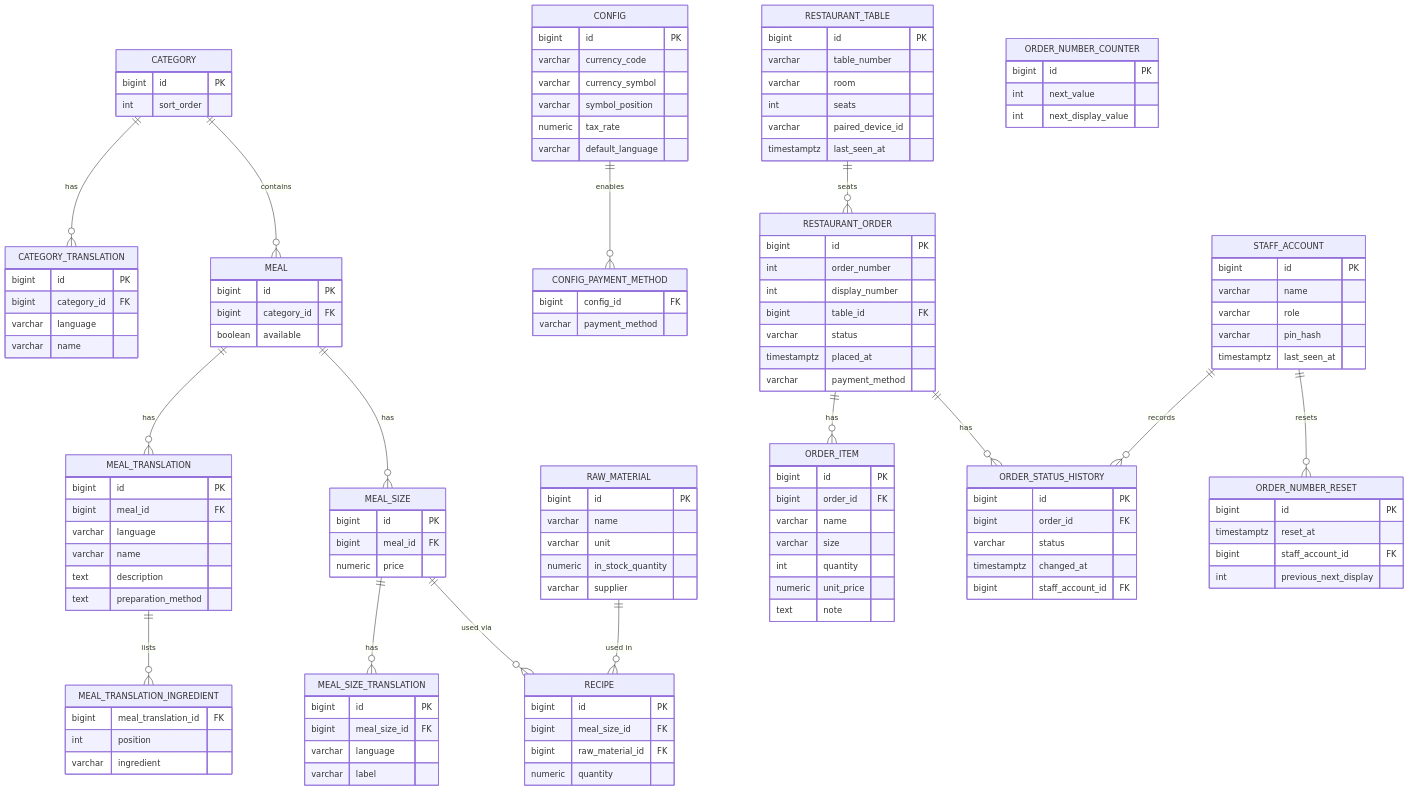
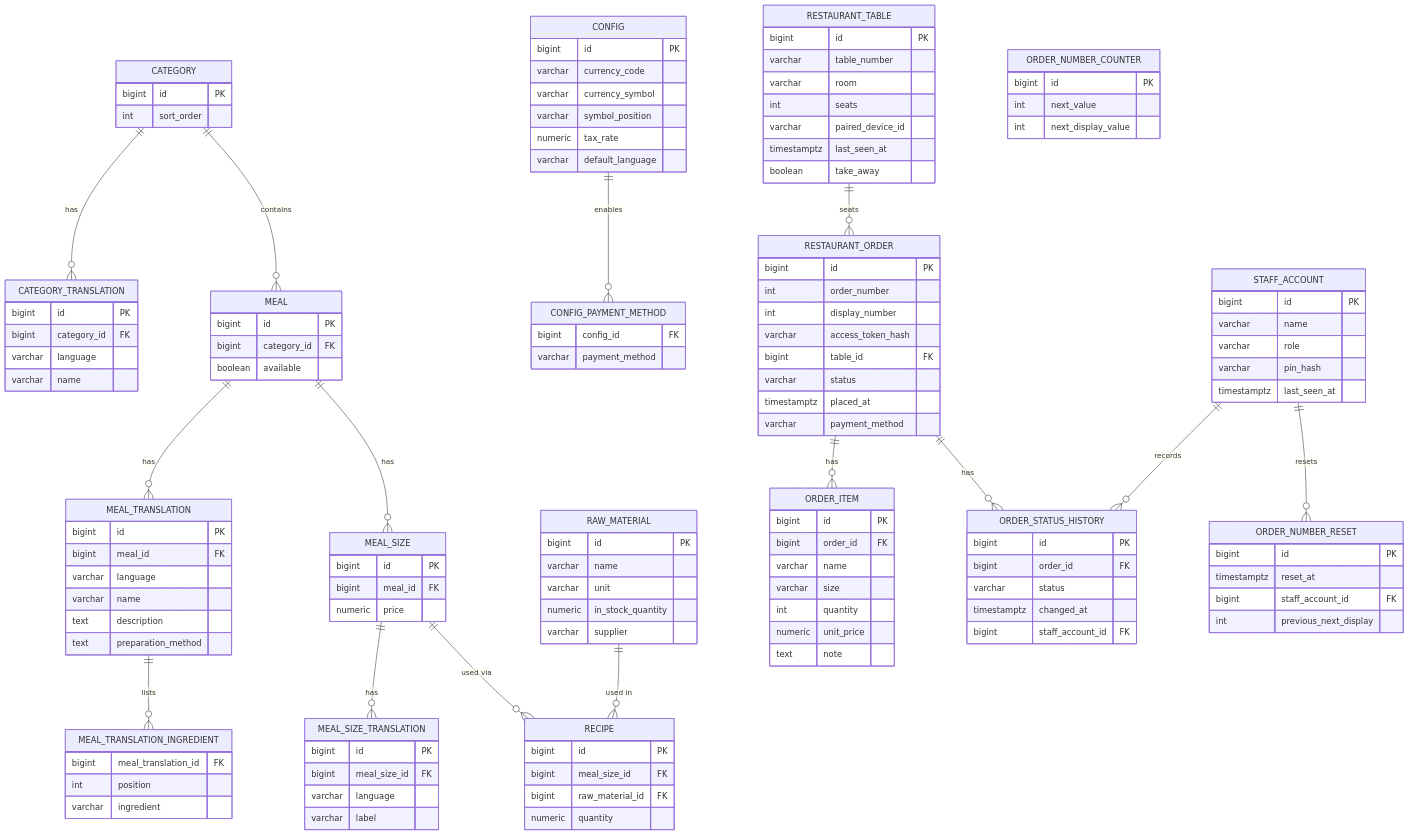
Before and after one commit to osamasado/Restaurant-Orders-Management: the diagram in Documentation/database-schema.md, drawn with Mermaid. The commit also changed other lines of this file and 7 other files, not shown here.

Commit message:
Document the guest start, take-away orders and the order secret, and add the task summary for issue #93

```diff
--- a/Documentation/database-schema.md
+++ b/Documentation/database-schema.md
@@ -73,6 +73,7 @@
         int seats
         varchar paired_device_id
         timestamptz last_seen_at
+        boolean take_away
     }
     STAFF_ACCOUNT {
         bigint id PK
@@ -103,6 +104,7 @@
         bigint id PK
         int order_number
         int display_number
+        varchar access_token_hash
         bigint table_id FK
         varchar status
         timestamptz placed_at
```
